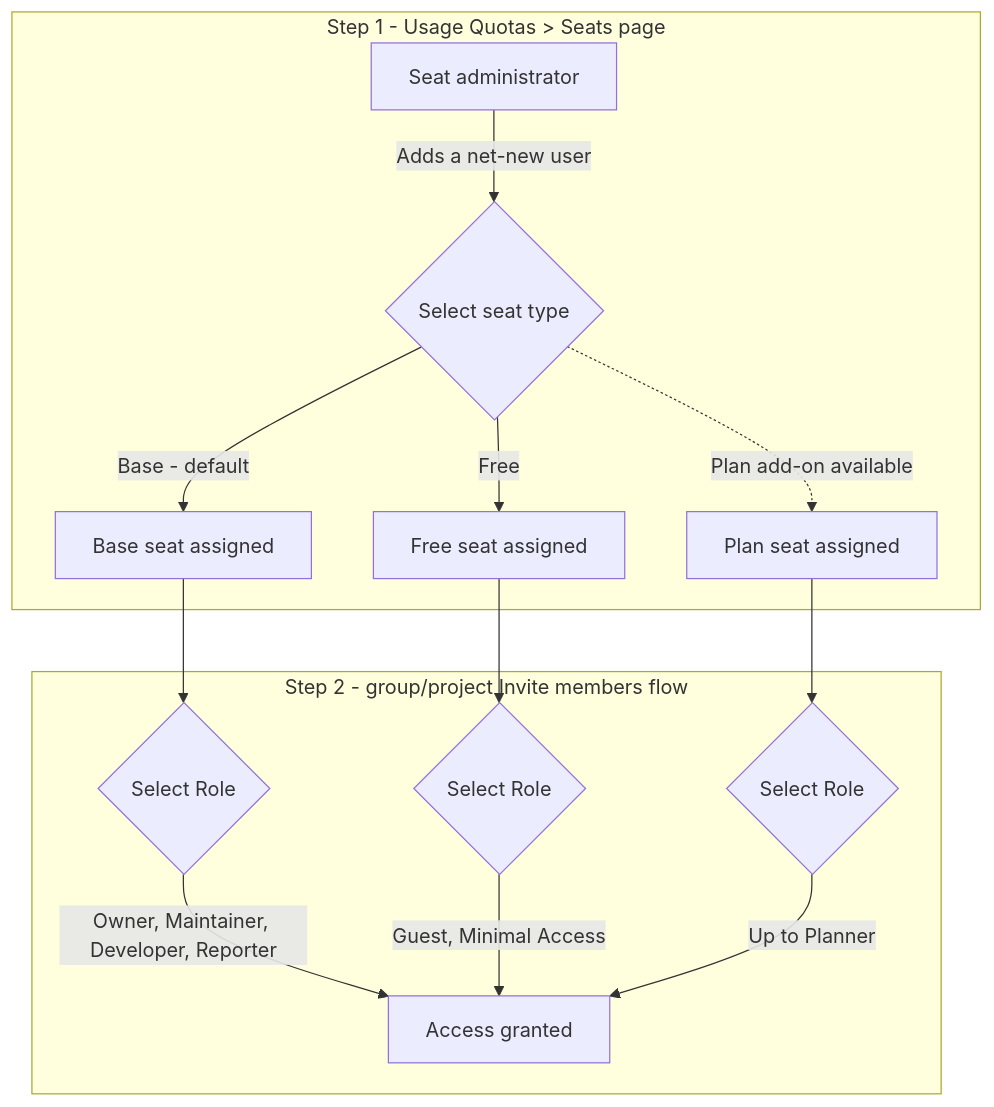
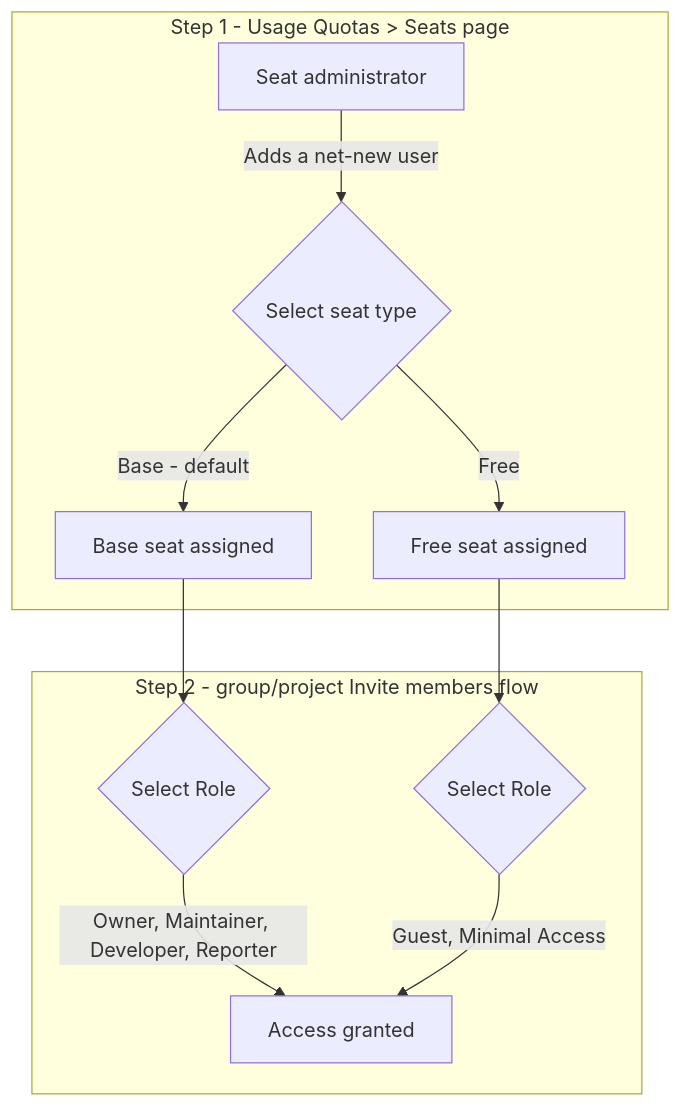
One commit to kyama0/gitlab-handbook-ja changed the diagram in content/handbook/engineering/architecture/design-documents/seat_assignment_model/_index.md. Above: the diagram before and after it, drawn with Mermaid. The commit also changed other lines of this file and 10 other files, not shown here.

````diff
--- a/content/handbook/engineering/architecture/design-documents/seat_assignment_model/_index.md
+++ b/content/handbook/engineering/architecture/design-documents/seat_assignment_model/_index.md
@@ -284,19 +286,16 @@
 ```mermaid
 flowchart TB
   subgraph P1["Step 1 - Usage Quotas > Seats page"]
     GO[Seat administrator] -->|Adds a net-new user| SC{Select seat type}
     SC -->|Base - default| B[Base seat assigned]
     SC -->|Free| F[Free seat assigned]
-    SC -.Plan add-on available.-> PL[Plan seat assigned]
   end
 
   subgraph P2["Step 2 - group/project Invite members flow"]
     B --> RB{Select Role}
     F --> RG{Select Role}
-    PL --> RP{Select Role}
 
     RB -->|Owner, Maintainer, Developer, Reporter| A[Access granted]
     RG -->|Guest, Minimal Access| A
-    RP -->|Up to Planner| A
   end
 ```
````
